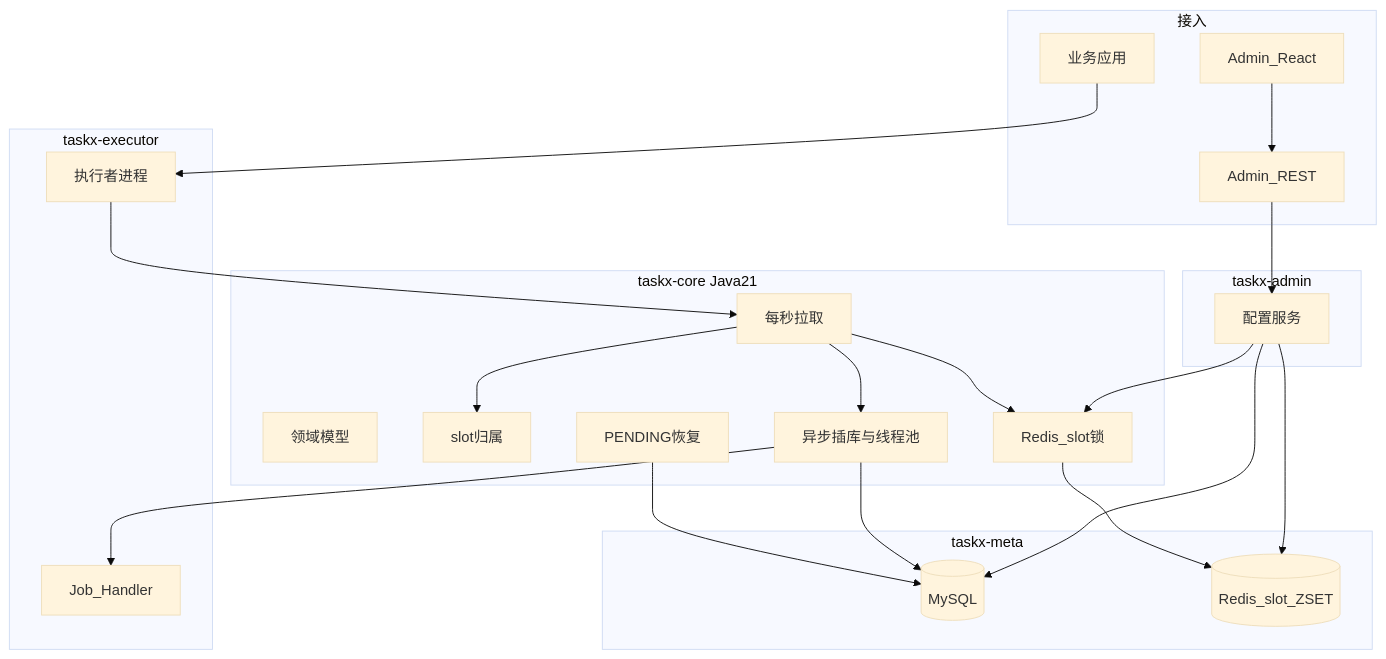
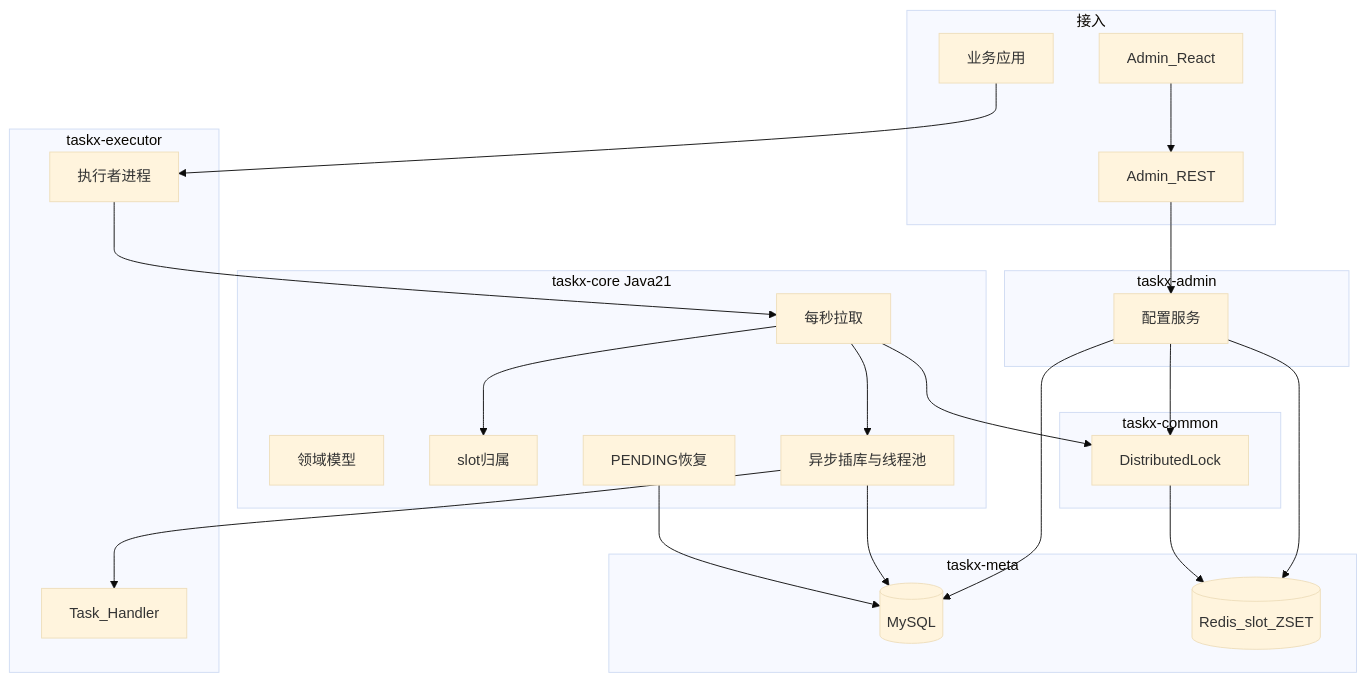
The first of 2 diagrams in docs/02-architecture.md (little-eight-china/taskx), drawn with Mermaid (base theme) before and after one commit. The commit also changed other lines of this file and 8 other files, not shown here.

````diff
--- a/docs/02-architecture.md
+++ b/docs/02-architecture.md
@@ -5,46 +5,49 @@
 ```mermaid
 flowchart TB
   subgraph clients [接入]
     AdminUI[Admin_React]
     AdminAPI[Admin_REST]
     UserApp[业务应用]
   end
 
   subgraph admin [taskx-admin]
     ConfigSvc[配置服务]
   end
 
+  subgraph common [taskx-common]
+    DistLock[DistributedLock]
+  end
+
   subgraph core [taskx-core Java21]
     Domain[领域模型]
     SlotOwner[slot归属]
     TriggerLoop[每秒拉取]
-    SlotLock[Redis_slot锁]
     Dispatch[异步插库与线程池]
     Recover[PENDING恢复]
   end
 
   subgraph meta [taskx-meta]
     MySQL[(MySQL)]
     Redis[(Redis_slot_ZSET)]
   end
 
   subgraph exec [taskx-executor]
     SDK[执行者进程]
-    Handlers[Job_Handler]
+    Handlers[Task_Handler]
   end
 
   AdminUI --> AdminAPI
   AdminAPI --> ConfigSvc
-  ConfigSvc --> SlotLock
+  ConfigSvc --> DistLock
   ConfigSvc --> MySQL
   ConfigSvc --> Redis
   UserApp --> SDK
   SDK --> TriggerLoop
   TriggerLoop --> SlotOwner
-  TriggerLoop --> SlotLock
-  SlotLock --> Redis
+  TriggerLoop --> DistLock
+  DistLock --> Redis
   TriggerLoop --> Dispatch
   Dispatch --> MySQL
   Dispatch --> Handlers
   Recover --> MySQL
 ```
````
